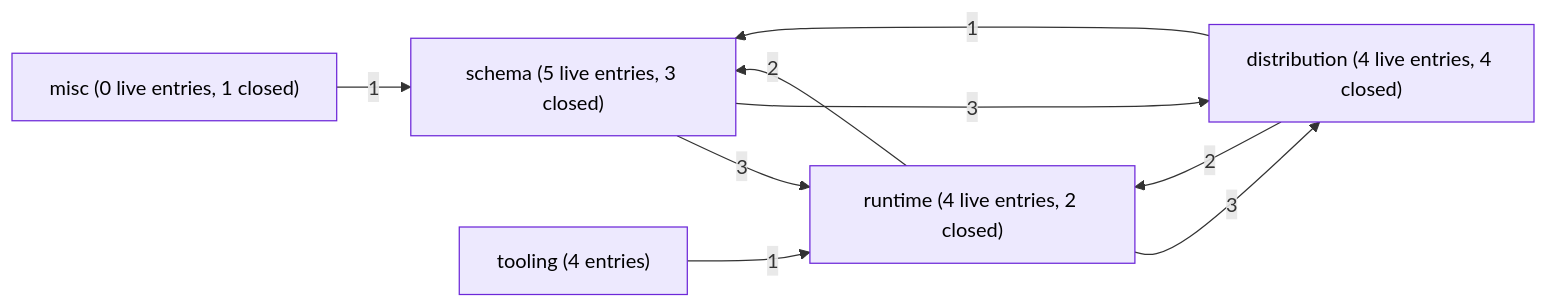
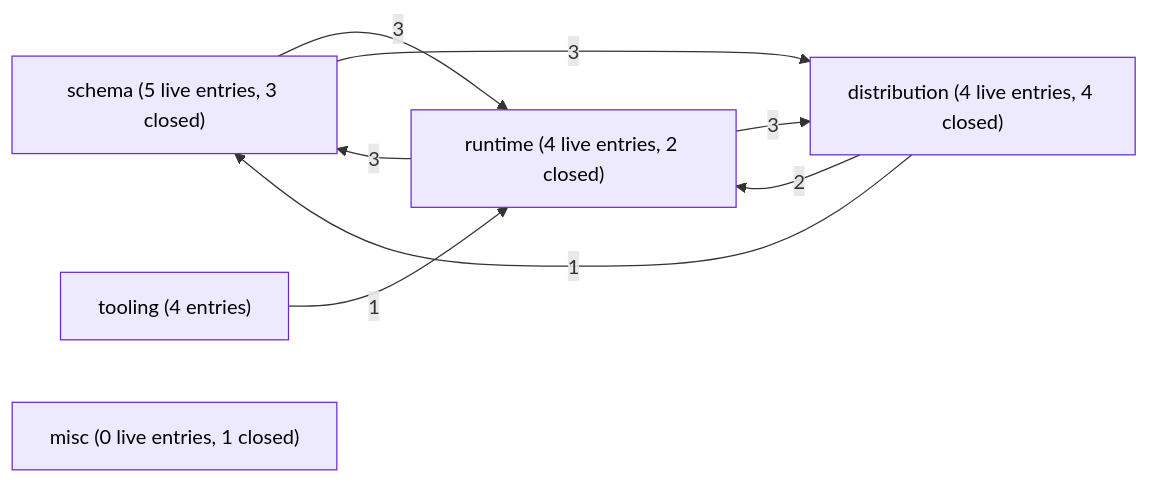
One commit to open-platform-model/enhancements changed the first of 6 diagrams in GRAPH.md. Above: the diagram before and after it, drawn with Mermaid. The commit also changed other lines of this file and 1997 other files, not shown here.

````diff
--- a/GRAPH.md
+++ b/GRAPH.md
@@ -18,26 +17,25 @@
 ```mermaid
 graph LR
   classDef draft       fill:#fef3c7,stroke:#b45309,color:#000
   classDef accepted    fill:#dbeafe,stroke:#1d4ed8,color:#000
   classDef rejected    fill:#fee2e2,stroke:#b91c1c,color:#7f1d1d,stroke-dasharray:4 2
+  classDef withdrawn   fill:#fef2f2,stroke:#b91c1c,color:#7f1d1d,stroke-dasharray:1 3
   classDef superseded  fill:#e5e7eb,stroke:#6b7280,color:#6b7280
   classDef delivered   fill:#dcfce7,stroke:#15803d,color:#14532d
-  classDef legacy      fill:#fafafa,stroke:#9ca3af,color:#6b7280,stroke-dasharray:3 3
   classDef stub        fill:#f3f4f6,stroke:#9ca3af,color:#374151
   classDef category    fill:#ede9fe,stroke:#6d28d9,color:#000
 
   Cschema["schema (5 live entries, 3 closed)"]:::category
   Cruntime["runtime (4 live entries, 2 closed)"]:::category
   Cdistribution["distribution (4 live entries, 4 closed)"]:::category
   Ctooling["tooling (4 entries)"]:::category
   Cmisc["misc (0 live entries, 1 closed)"]:::category
 
   Cschema -->|3| Cruntime
   Cschema -->|3| Cdistribution
-  Cruntime -->|2| Cschema
+  Cruntime -->|3| Cschema
   Cruntime -->|3| Cdistribution
   Cdistribution -->|1| Cschema
   Cdistribution -->|2| Cruntime
   Ctooling -->|1| Cruntime
-  Cmisc -->|1| Cschema
 ```
````
